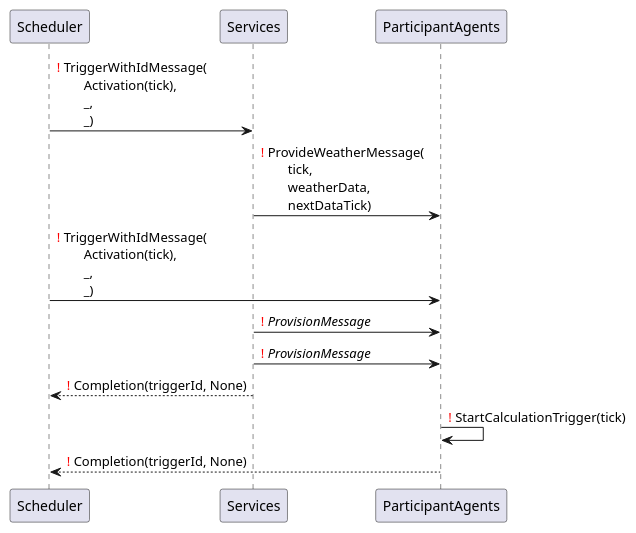
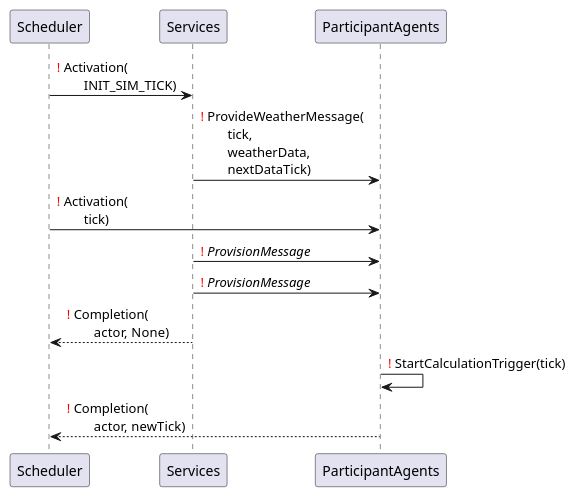
Before and after one commit to ie3-institute/simona: the diagram in docs/uml/protocol/ParticipantTriggeredBySecondaryData.puml, drawn with PlantUML. The commit also changed 1 other file, not shown here.

Commit message:
Remove TriggerWithIDMessage() and triggerIDs from Completion

```diff
--- a/docs/uml/protocol/ParticipantTriggeredBySecondaryData.puml
+++ b/docs/uml/protocol/ParticipantTriggeredBySecondaryData.puml
@@ -1,10 +1,10 @@
 @startuml
-Scheduler -> Services: <font color=red>!</font> TriggerWithIdMessage(\n\tActivation(tick),\n\t_,\n\t_)
+Scheduler -> Services: <font color=red>!</font> Activation(\n\tINIT_SIM_TICK)
 Services -> ParticipantAgents: <font color=red>!</font> ProvideWeatherMessage(\n\ttick,\n\tweatherData,\n\tnextDataTick)
-Scheduler -> ParticipantAgents: <font color=red>!</font> TriggerWithIdMessage(\n\tActivation(tick),\n\t_,\n\t_)
+Scheduler -> ParticipantAgents: <font color=red>!</font> Activation(\n\ttick)
 Services -> ParticipantAgents: <font color=red>!</font> <i>ProvisionMessage</i>
 Services -> ParticipantAgents: <font color=red>!</font> <i>ProvisionMessage</i>
-Services --> Scheduler: <font color=red>!</font> Completion(triggerId, None)
+Services --> Scheduler: <font color=red>!</font> Completion(\n\tactor, None)
 ParticipantAgents -> ParticipantAgents: <font color=red>!</font> StartCalculationTrigger(tick)
-ParticipantAgents --> Scheduler: <font color=red>!</font> Completion(triggerId, None)
+ParticipantAgents --> Scheduler: <font color=red>!</font> Completion(\n\tactor, newTick)
 @enduml
```
